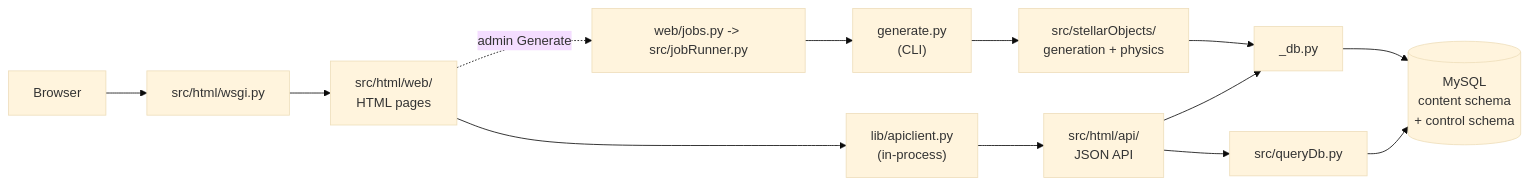
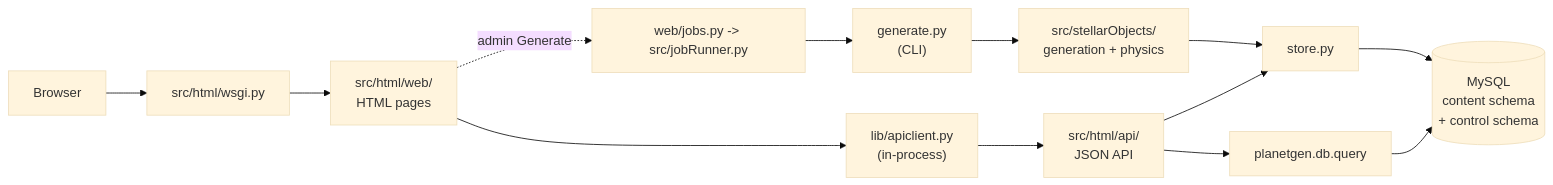
Before and after one commit to dwhagar/planetGen: the first of 8 diagrams in docs/design/architecture.md, drawn with Mermaid (base theme). The commit also changed other lines of this file and 225 other files, not shown here.

First line of the commit message:
Move population, admin, db and the src/ scripts into planetgen (OPS.24 steps 6 to 8) (#450)

````diff
--- a/docs/design/architecture.md
+++ b/docs/design/architecture.md
@@ -67,15 +67,15 @@
 ```mermaid
 flowchart LR
     CLI["generate.py<br/>(CLI)"] --> SO["src/stellarObjects/<br/>generation + physics"]
-    SO --> DB["_db.py"]
+    SO --> DB["store.py"]
     DB --> MySQL[("MySQL<br/>content schema<br/>+ control schema")]
     Browser["Browser"] --> WSGI["src/html/wsgi.py"]
     WSGI --> Web["src/html/web/<br/>HTML pages"]
     Web --> Client["lib/apiclient.py<br/>(in-process)"]
     Client --> API["src/html/api/<br/>JSON API"]
-    API --> Q["src/queryDb.py"]
+    API --> Q["planetgen.db.query"]
     Q --> MySQL
     API --> DB
     Web -. "admin Generate" .-> Jobs["web/jobs.py -> src/jobRunner.py"]
     Jobs --> CLI
 ```
````
